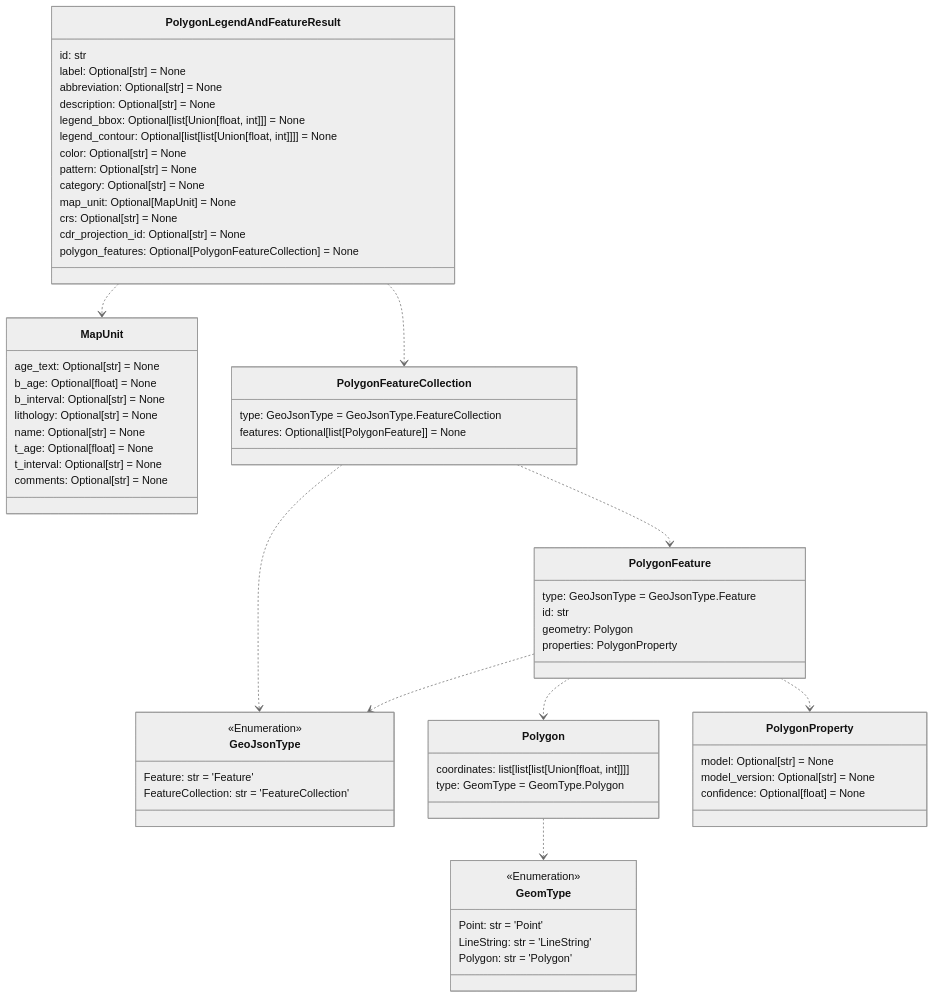
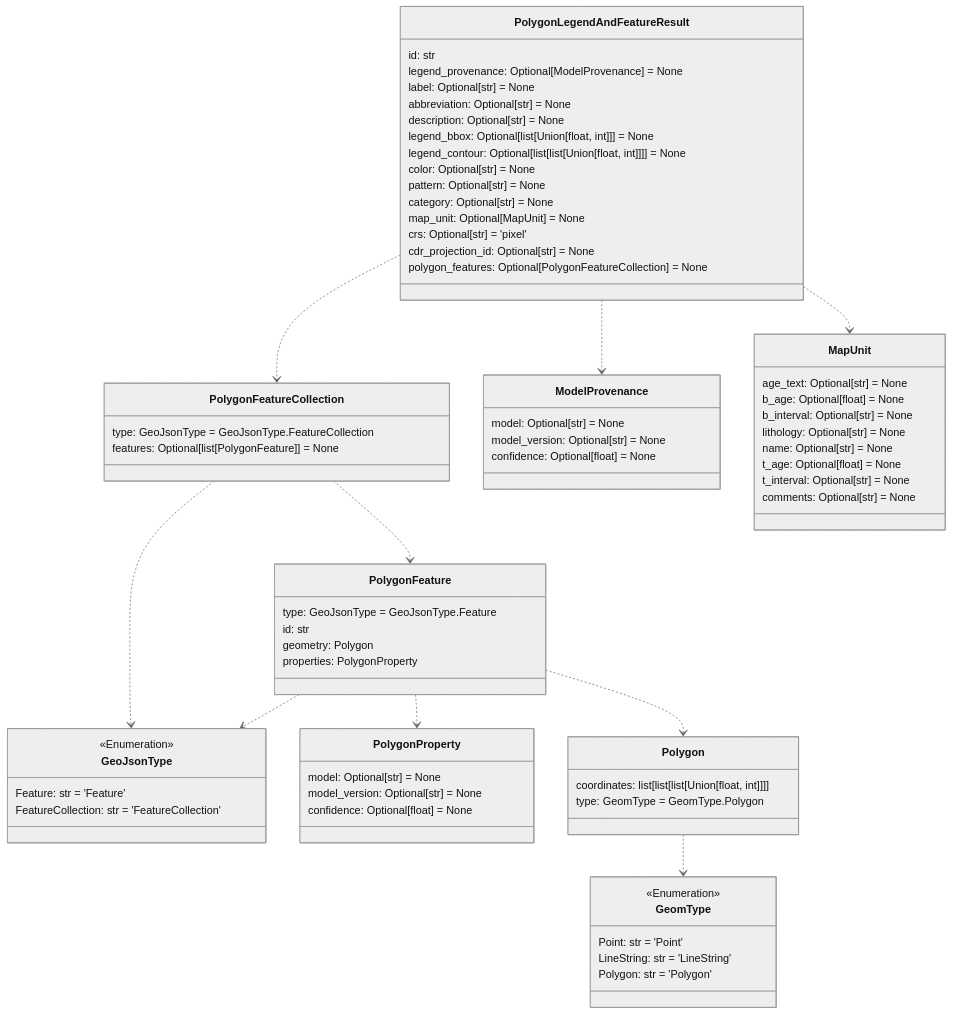
The seventh of 12 diagrams in README.md (DARPA-CRITICALMAAS/cdr_schemas), drawn with Mermaid (neutral theme) before and after one commit. The commit also changed other lines of this file and 5 other files, not shown here.

Commit message:
Added model provence and formatted line and point features

````diff
--- a/README.md
+++ b/README.md
@@ -500,8 +526,15 @@
         FeatureCollection: str = 'FeatureCollection'
     }
 
+    class ModelProvenance {
+        model: Optional[str] = None
+        model_version: Optional[str] = None
+        confidence: Optional[float] = None
+    }
+
     class PolygonLegendAndFeatureResult {
         id: str
+        legend_provenance: Optional[ModelProvenance] = None
         label: Optional[str] = None
         abbreviation: Optional[str] = None
         description: Optional[str] = None
@@ -511,7 +544,7 @@
         pattern: Optional[str] = None
         category: Optional[str] = None
         map_unit: Optional[MapUnit] = None
-        crs: Optional[str] = None
+        crs: Optional[str] = 'pixel'
         cdr_projection_id: Optional[str] = None
         polygon_features: Optional[PolygonFeatureCollection] = None
     }
@@ -521,24 +554,6 @@
         id: str
         geometry: Polygon
         properties: PolygonProperty
-    }
-
-    class GeomType {
-        <<Enumeration>>
-        Point: str = 'Point'
-        LineString: str = 'LineString'
-        Polygon: str = 'Polygon'
-    }
-
-    class PolygonProperty {
-        model: Optional[str] = None
-        model_version: Optional[str] = None
-        confidence: Optional[float] = None
-    }
-
-    class PolygonFeatureCollection {
-        type: GeoJsonType = GeoJsonType.FeatureCollection
-        features: Optional[list[PolygonFeature]] = None
     }
 
     class MapUnit {
@@ -552,19 +567,38 @@
         comments: Optional[str] = None
     }
 
+    class GeomType {
+        <<Enumeration>>
+        Point: str = 'Point'
+        LineString: str = 'LineString'
+        Polygon: str = 'Polygon'
+    }
+
+    class PolygonFeatureCollection {
+        type: GeoJsonType = GeoJsonType.FeatureCollection
+        features: Optional[list[PolygonFeature]] = None
+    }
+
     class Polygon {
         coordinates: list[list[list[Union[float, int]]]]
         type: GeomType = GeomType.Polygon
     }
 
+    class PolygonProperty {
+        model: Optional[str] = None
+        model_version: Optional[str] = None
+        confidence: Optional[float] = None
+    }
+
     Polygon ..> GeomType
     PolygonFeature ..> GeoJsonType
+    PolygonFeature ..> PolygonProperty
     PolygonFeature ..> Polygon
-    PolygonFeature ..> PolygonProperty
     PolygonFeatureCollection ..> GeoJsonType
     PolygonFeatureCollection ..> PolygonFeature
+    PolygonLegendAndFeatureResult ..> PolygonFeatureCollection
+    PolygonLegendAndFeatureResult ..> ModelProvenance
     PolygonLegendAndFeatureResult ..> MapUnit
-    PolygonLegendAndFeatureResult ..> PolygonFeatureCollection
 
 
 ```
````
